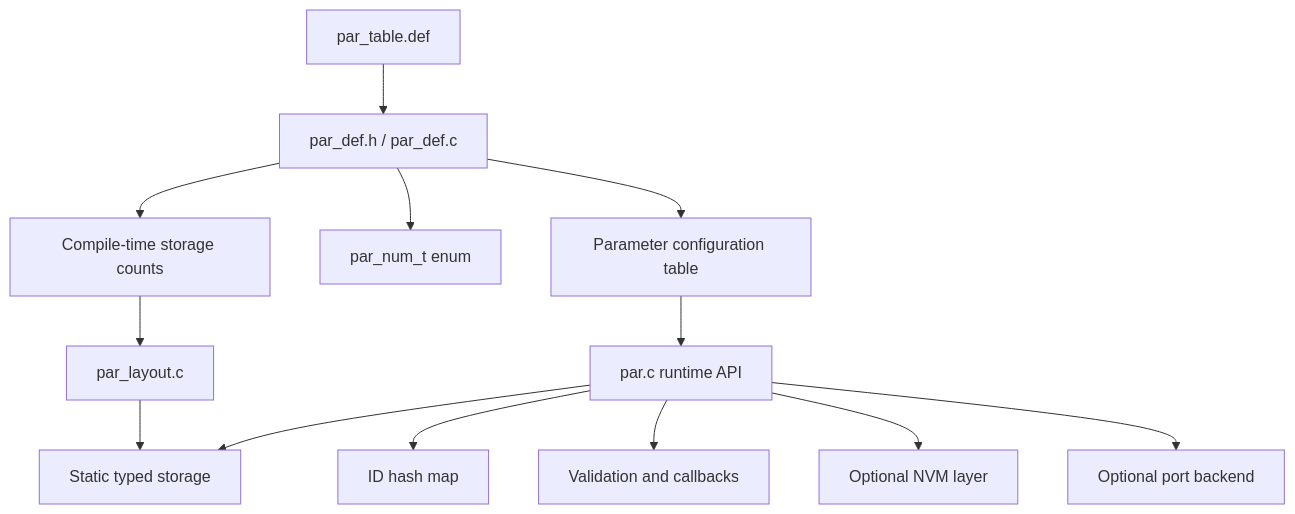
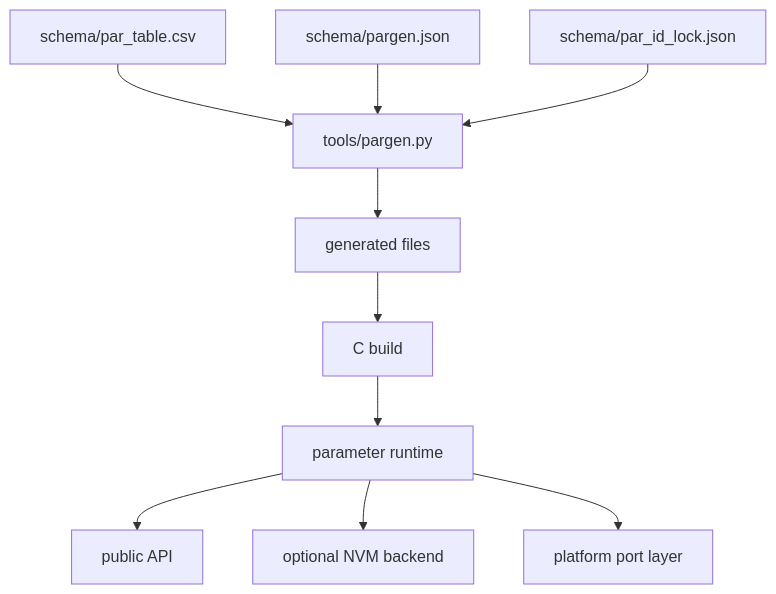
Before and after one commit to wdfk-prog/autogen_parameter_manager: the first of 2 diagrams in parameters/docs/architecture.md, drawn with Mermaid. The commit also changed other lines of this file and 22 other files, not shown here.

````diff
--- a/parameters/docs/architecture.md
+++ b/parameters/docs/architecture.md
@@ -16,15 +9,12 @@
 ```mermaid
 flowchart TD
-    A[par_table.def] --> B[par_def.h / par_def.c]
-    B --> C[Parameter configuration table]
-    B --> D[par_num_t enum]
-    B --> E[Compile-time storage counts]
-    C --> F[par.c runtime API]
-    E --> G[par_layout.c]
-    G --> H[Static typed storage]
-    F --> H
-    F --> I[ID hash map]
-    F --> J[Validation and callbacks]
-    F --> K[Optional NVM layer]
-    F --> L[Optional port backend]
+    CSV[schema/par_table.csv] --> Gen[tools/pargen.py]
+    Cfg[schema/pargen.json] --> Gen
+    Lock[schema/par_id_lock.json] --> Gen
+    Gen --> Generated[generated files]
+    Generated --> Build[C build]
+    Build --> Runtime[parameter runtime]
+    Runtime --> API[public API]
+    Runtime --> NVM[optional NVM backend]
+    Runtime --> Port[platform port layer]
 ```
````
